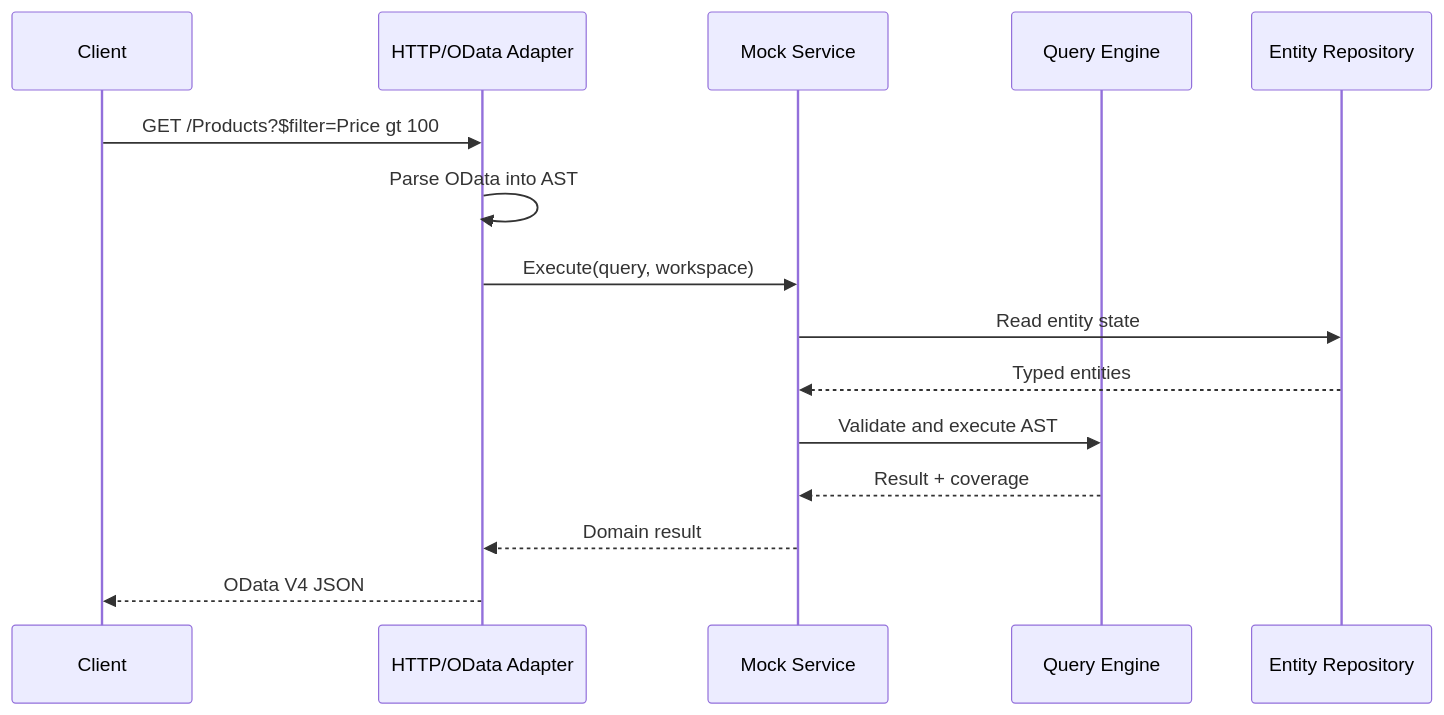
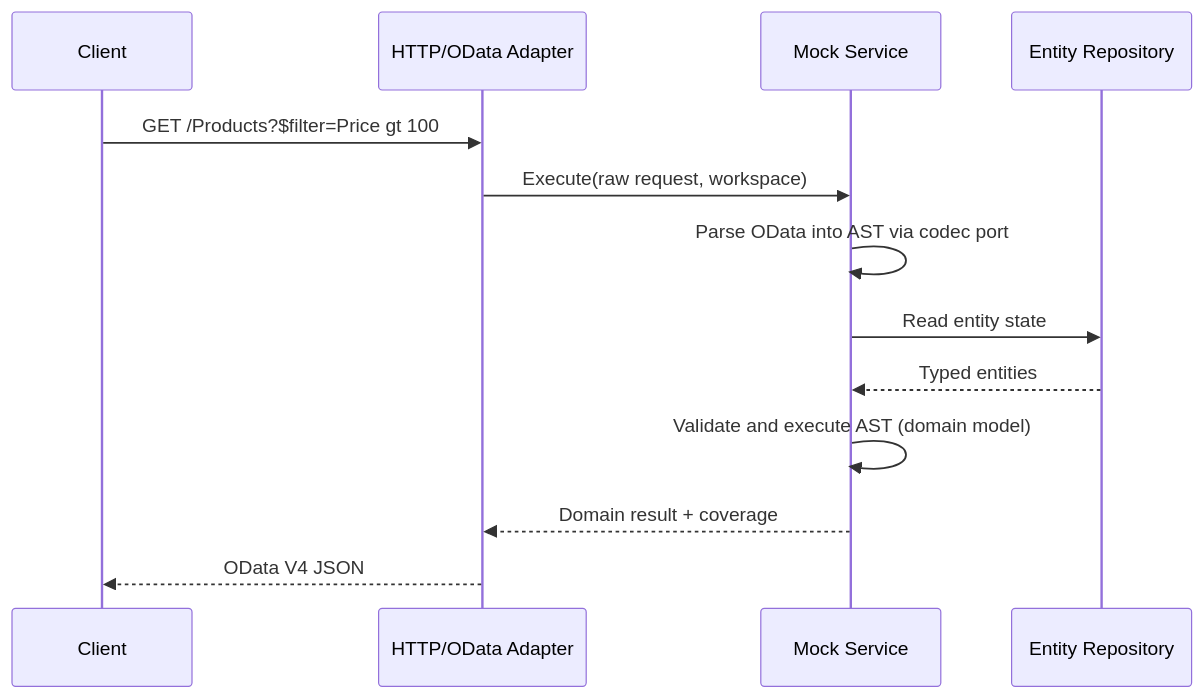
One commit to pt9912/odata-recorder changed the fifth of 10 diagrams in spec/architecture.md. Above: the diagram before and after it, drawn with Mermaid. The commit also changed other lines of this file and 8 other files, not shown here.

````diff
--- a/spec/architecture.md
+++ b/spec/architecture.md
@@ -281,17 +290,15 @@
 ```mermaid
 sequenceDiagram
     participant C as Client
     participant H as HTTP/OData Adapter
     participant M as Mock Service
-    participant Q as Query Engine
     participant E as Entity Repository
     C->>H: GET /Products?$filter=Price gt 100
-    H->>H: Parse OData into AST
-    H->>M: Execute(query, workspace)
+    H->>M: Execute(raw request, workspace)
+    M->>M: Parse OData into AST via codec port
     M->>E: Read entity state
     E-->>M: Typed entities
-    M->>Q: Validate and execute AST
-    Q-->>M: Result + coverage
-    M-->>H: Domain result
+    M->>M: Validate and execute AST (domain model)
+    M-->>H: Domain result + coverage
     H-->>C: OData V4 JSON
 ```
````
